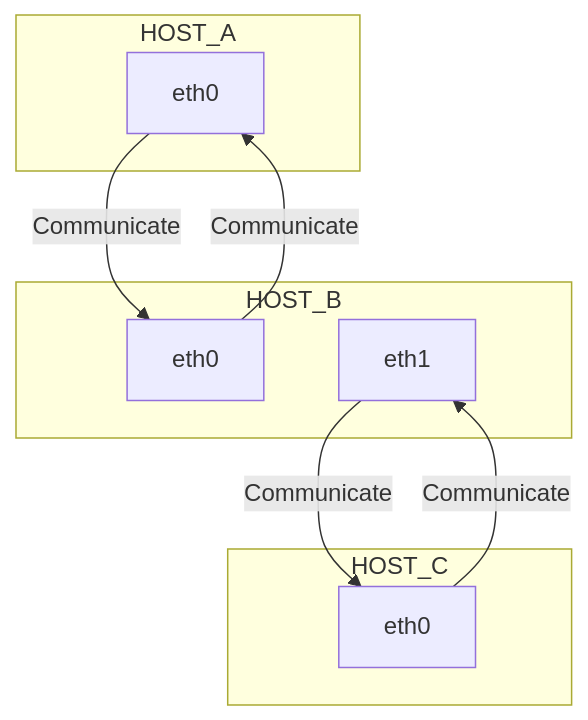
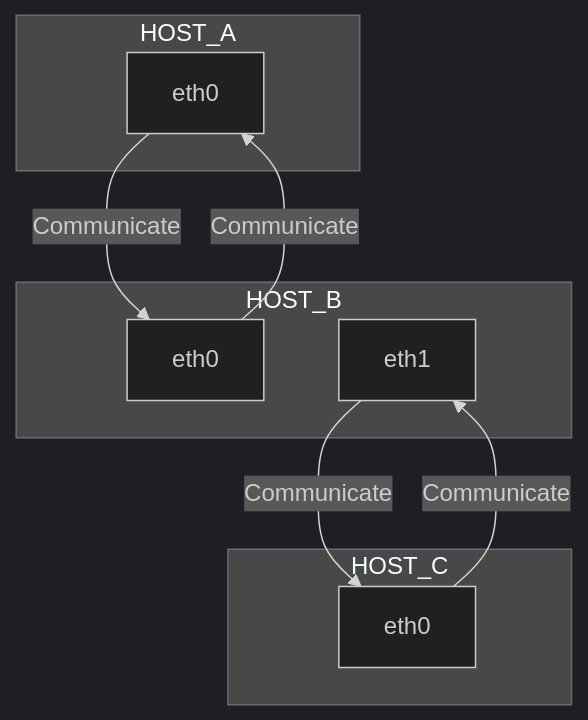
The diagram in README.md (protogia/ubuntu-network-bridge), drawn with Mermaid before and after one commit.

Commit message:
change mermaidtheme to dark

````diff
--- a/README.md
+++ b/README.md
@@ -5,21 +5,23 @@
 ```mermaid
+%%{init: {'theme': 'dark' } }%%
+
 graph TB
   subgraph HOST_A
     A_eth0[eth0]
   end
 
   subgraph HOST_B
     B_eth0[eth0]
     B_eth1[eth1]
   end
 
   subgraph HOST_C
     C_eth0[eth0]
   end
 
   A_eth0 -->|Communicate| B_eth0
   B_eth1 -->|Communicate| C_eth0
 
   B_eth0 -->|Communicate| A_eth0
   C_eth0 -->|Communicate| B_eth1
 ```
````
